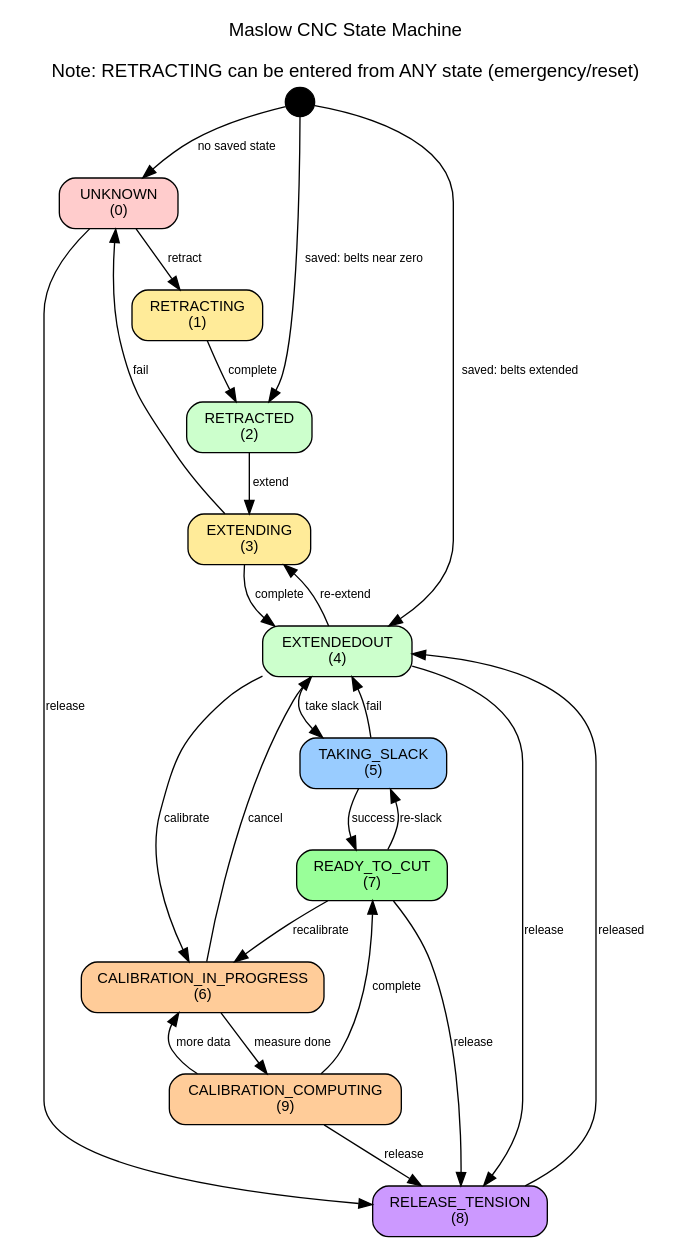
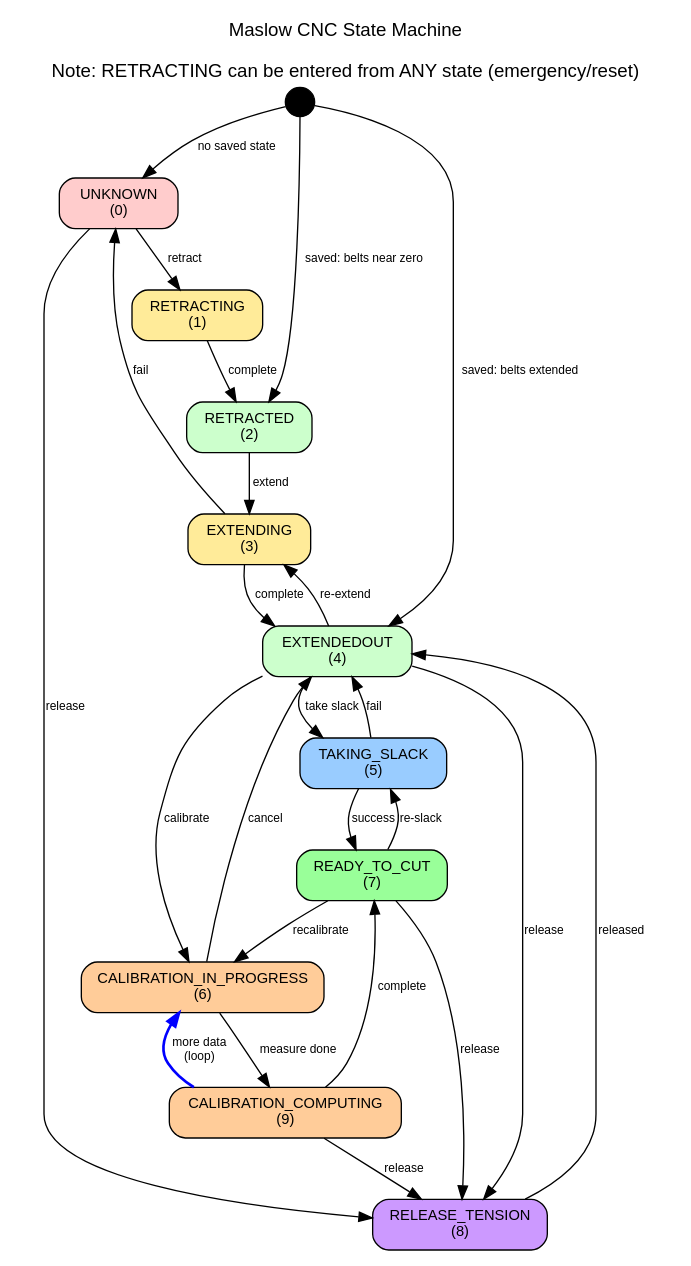
One commit to MaslowCNC/Maslow_4 changed the diagram in docs/state-diagram.dot. Above: the diagram before and after it, drawn with Graphviz. The commit also changed 2 other files, not shown here.

Commit message:
Clarify calibration loop flow in state diagrams

```diff
--- a/docs/state-diagram.dot
+++ b/docs/state-diagram.dot
@@ -1,99 +1,99 @@
 // Maslow CNC State Machine Diagram
 // Graphviz DOT format - Use with: dot -Tsvg state-diagram.dot -o state-diagram.svg
 //
 // Install graphviz:
 //   Ubuntu/Debian: apt-get install graphviz
 //   macOS: brew install graphviz
 //   Windows: choco install graphviz
 //
 // Generate outputs:
 //   dot -Tsvg state-diagram.dot -o state-diagram.svg
 //   dot -Tpng state-diagram.dot -o state-diagram.png
 //   dot -Tpdf state-diagram.dot -o state-diagram.pdf
 
 digraph MaslowStateMachine {
     // Graph settings
     rankdir=TB;
     splines=true;
     overlap=false;
     fontname="Helvetica";
     fontsize=14;
     label="Maslow CNC State Machine\n\nNote: RETRACTING can be entered from ANY state (emergency/reset)";
     labelloc=t;
 
     // Node defaults
     node [
         shape=box,
         style="rounded,filled",
         fontname="Helvetica",
         fontsize=11,
         margin="0.2,0.1"
     ];
 
     // Edge defaults
     edge [
         fontname="Helvetica",
         fontsize=9
     ];
 
     // Boot entry point
     Boot [shape=circle, label="", width=0.3, style=filled, fillcolor=black];
 
     // State definitions with colors
     UNKNOWN [label="UNKNOWN\n(0)", fillcolor="#ffcccc"];
     RETRACTING [label="RETRACTING\n(1)", fillcolor="#ffeb99"];
     RETRACTED [label="RETRACTED\n(2)", fillcolor="#ccffcc"];
     EXTENDING [label="EXTENDING\n(3)", fillcolor="#ffeb99"];
     EXTENDEDOUT [label="EXTENDEDOUT\n(4)", fillcolor="#ccffcc"];
     TAKING_SLACK [label="TAKING_SLACK\n(5)", fillcolor="#99ccff"];
     CALIBRATION_IN_PROGRESS [label="CALIBRATION_IN_PROGRESS\n(6)", fillcolor="#ffcc99"];
     READY_TO_CUT [label="READY_TO_CUT\n(7)", fillcolor="#99ff99"];
     RELEASE_TENSION [label="RELEASE_TENSION\n(8)", fillcolor="#cc99ff"];
     CALIBRATION_COMPUTING [label="CALIBRATION_COMPUTING\n(9)", fillcolor="#ffcc99"];
 
     // Boot transitions
     Boot -> UNKNOWN [label="no saved state"];
     Boot -> RETRACTED [label="saved: belts near zero"];
     Boot -> EXTENDEDOUT [label="saved: belts extended"];
 
     // UNKNOWN transitions
     UNKNOWN -> RETRACTING [label="retract"];
     UNKNOWN -> RELEASE_TENSION [label="release"];
 
     // RETRACTING transitions
     RETRACTING -> RETRACTED [label="complete"];
 
     // RETRACTED transitions
     RETRACTED -> EXTENDING [label="extend"];
 
     // EXTENDING transitions
     EXTENDING -> EXTENDEDOUT [label="complete"];
     EXTENDING -> UNKNOWN [label="fail"];
 
     // EXTENDEDOUT transitions
     EXTENDEDOUT -> EXTENDING [label="re-extend"];
     EXTENDEDOUT -> TAKING_SLACK [label="take slack"];
     EXTENDEDOUT -> CALIBRATION_IN_PROGRESS [label="calibrate"];
     EXTENDEDOUT -> RELEASE_TENSION [label="release"];
 
     // TAKING_SLACK transitions
     TAKING_SLACK -> READY_TO_CUT [label="success"];
     TAKING_SLACK -> EXTENDEDOUT [label="fail"];
 
     // CALIBRATION_IN_PROGRESS transitions
     CALIBRATION_IN_PROGRESS -> CALIBRATION_COMPUTING [label="measure done"];
     CALIBRATION_IN_PROGRESS -> EXTENDEDOUT [label="cancel"];
 
-    // CALIBRATION_COMPUTING transitions
+    // CALIBRATION_COMPUTING transitions (loops back until complete)
+    CALIBRATION_COMPUTING -> CALIBRATION_IN_PROGRESS [label="more data\n(loop)", style=bold, color=blue];
     CALIBRATION_COMPUTING -> READY_TO_CUT [label="complete"];
-    CALIBRATION_COMPUTING -> CALIBRATION_IN_PROGRESS [label="more data"];
     CALIBRATION_COMPUTING -> RELEASE_TENSION [label="release"];
 
     // READY_TO_CUT transitions
     READY_TO_CUT -> TAKING_SLACK [label="re-slack"];
     READY_TO_CUT -> CALIBRATION_IN_PROGRESS [label="recalibrate"];
     READY_TO_CUT -> RELEASE_TENSION [label="release"];
 
     // RELEASE_TENSION transitions
     RELEASE_TENSION -> EXTENDEDOUT [label="released"];
 }
```
